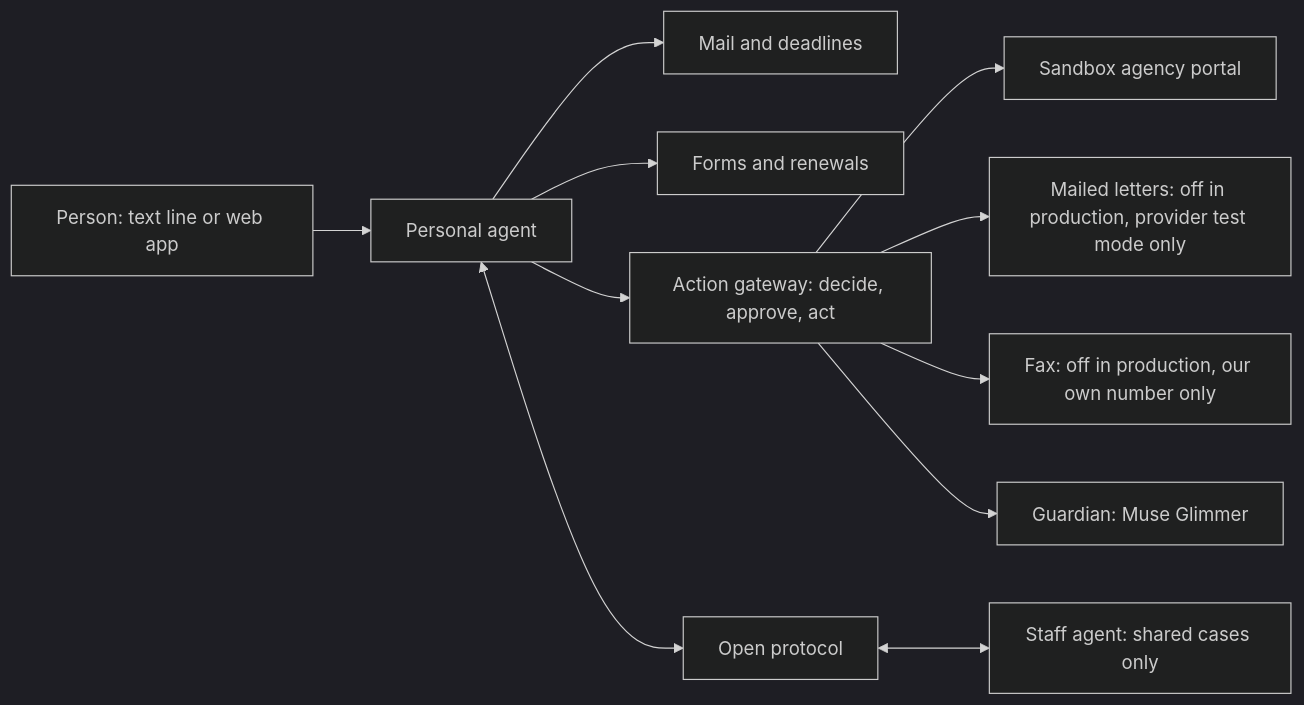
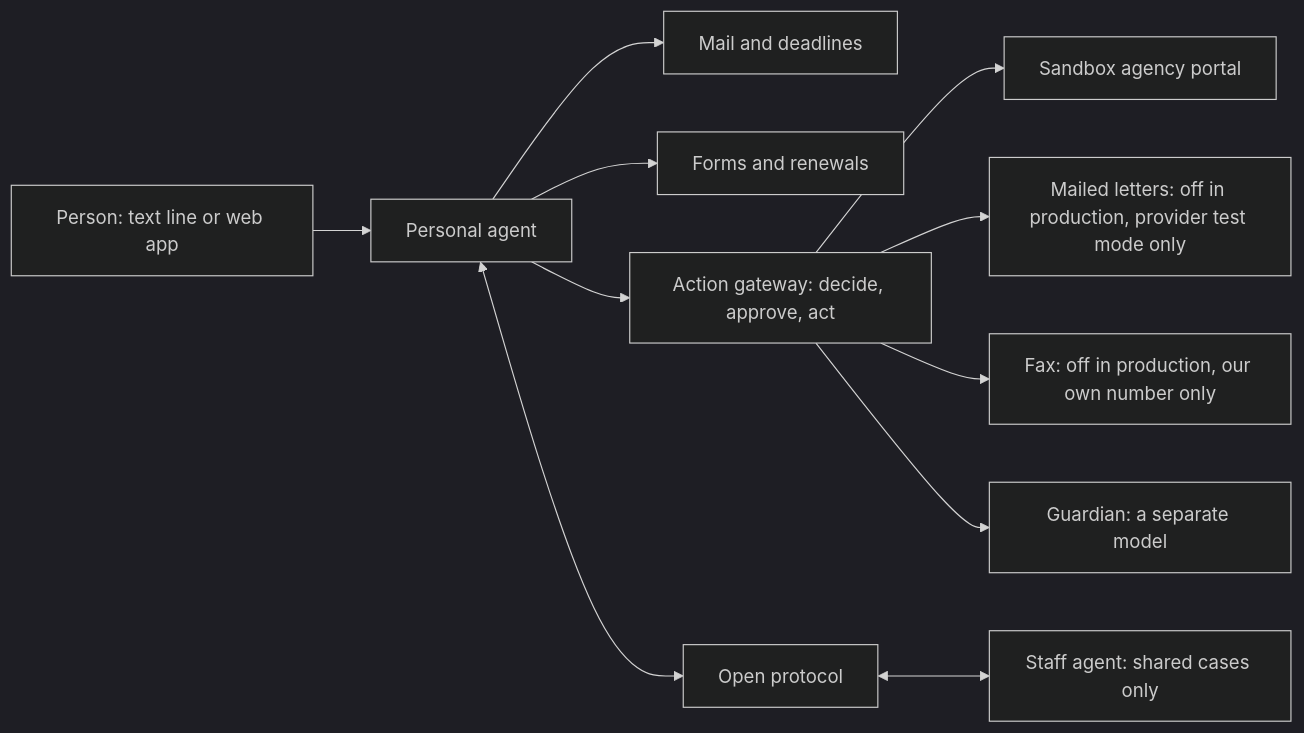
The diagram in README.md (mrcoven94/mano), drawn with Mermaid (dark theme) before and after one commit. The commit also changed other lines of this file and 2 other files, not shown here.

Commit message:
[Docs] LAP-501: the November 14 eval beside the hackathon results, each role's model, and an honest status

````diff
--- a/README.md
+++ b/README.md
@@ -130,13 +155,13 @@
 ```mermaid
 flowchart LR
     resident[Person: text line or web app] --> agent[Personal agent]
     agent --> mail[Mail and deadlines]
     agent --> forms[Forms and renewals]
     agent --> gateway[Action gateway: decide, approve, act]
     gateway --> portal[Sandbox agency portal]
     gateway --> letters[Mailed letters: off in production, provider test mode only]
     gateway --> fax[Fax: off in production, our own number only]
     agent <--> protocol[Open protocol]
     protocol <--> staff[Staff agent: shared cases only]
-    gateway --> guardian[Guardian: Muse Glimmer]
+    gateway --> guardian[Guardian: a separate model]
 ```
````
